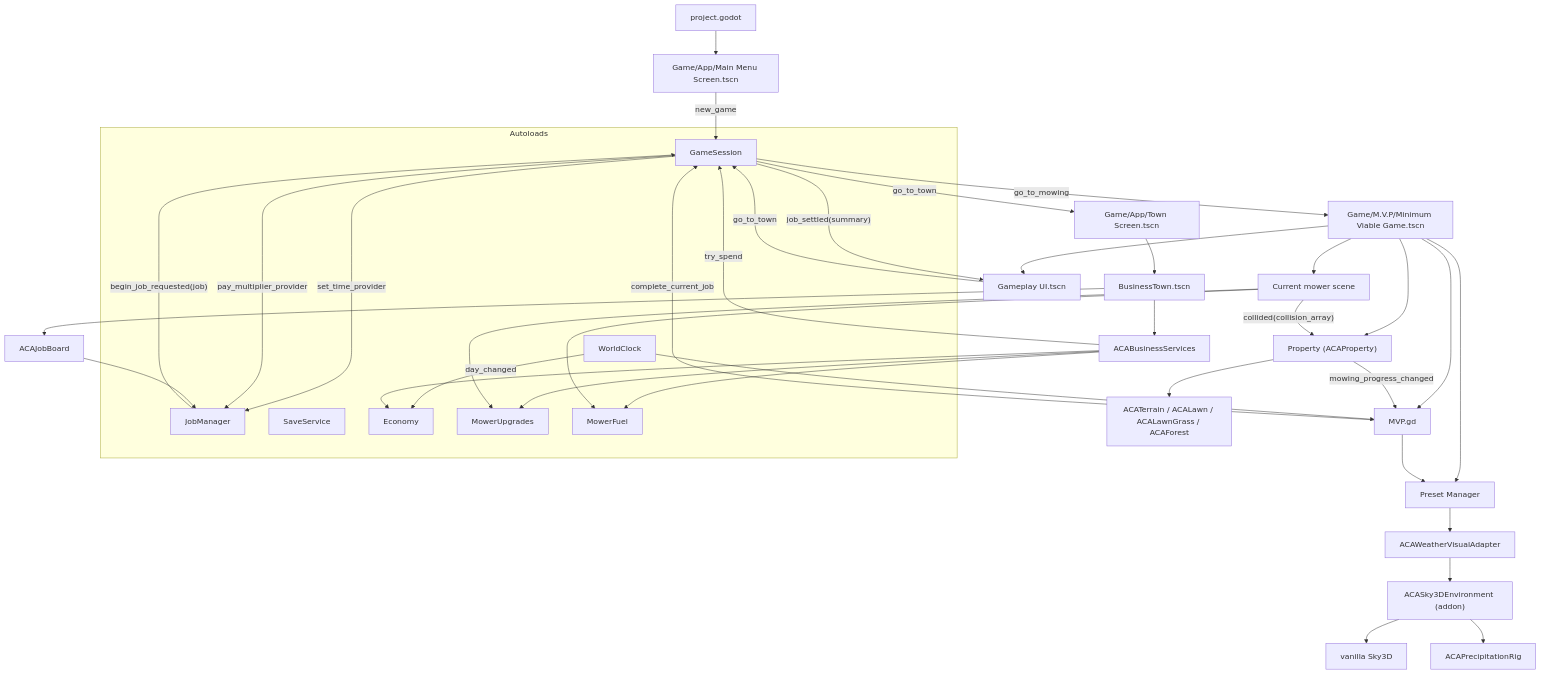
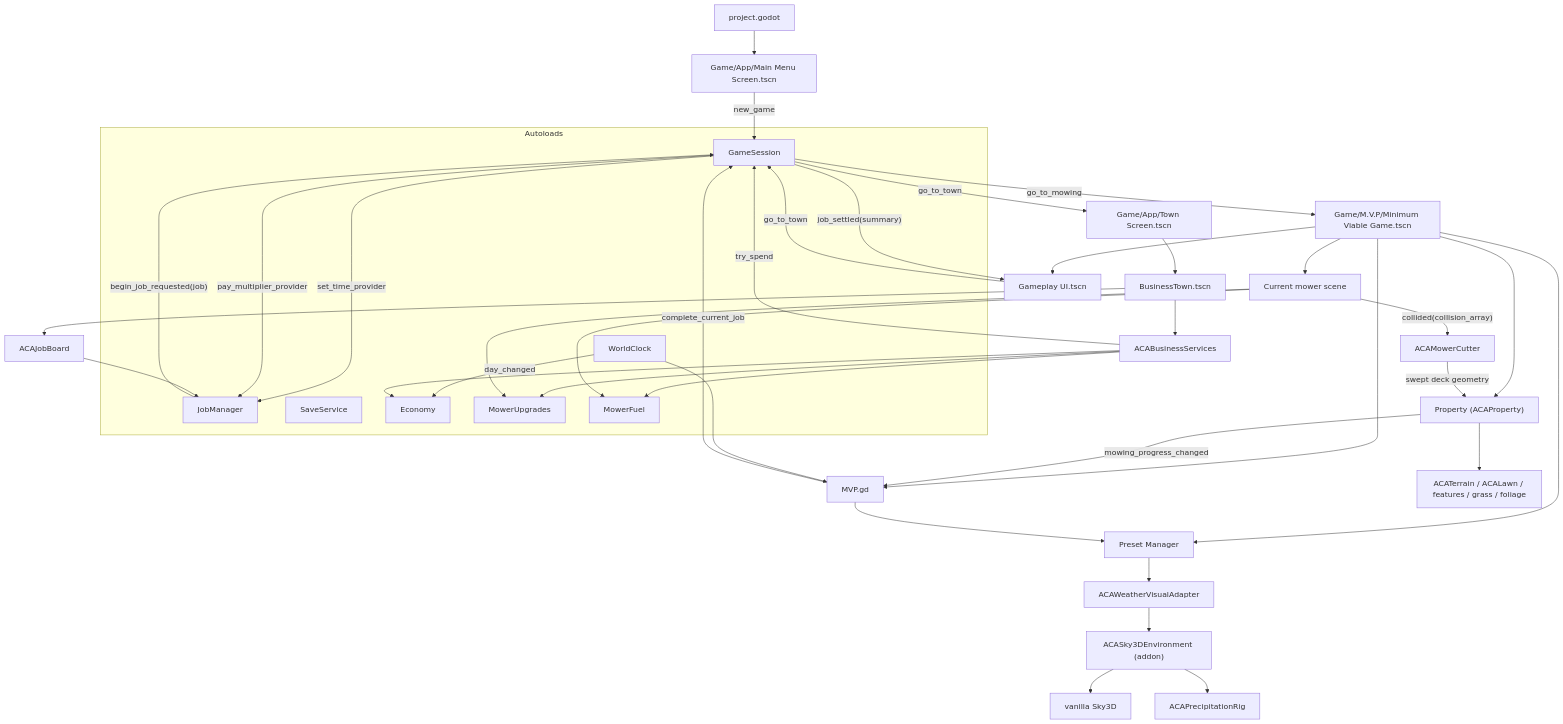
One commit to usw344/A-Cut-Above-Lawn-Mowing-Startup-public changed the diagram in project-docs/architecture.md. Above: the diagram before and after it, drawn with Mermaid. The commit also changed other lines of this file and 365 other files, not shown here.

````diff
--- a/project-docs/architecture.md
+++ b/project-docs/architecture.md
@@ -47,52 +54,53 @@
 ```mermaid
 flowchart TD
     Project["project.godot"] --> Menu["Game/App/Main Menu Screen.tscn"]
 
     subgraph Autoloads
         Clock["WorldClock"]
         Jobs["JobManager"]
         Session["GameSession"]
         Save["SaveService"]
         Econ["Economy"]
         Upg["MowerUpgrades"]
         Fuel["MowerFuel"]
     end
 
     Session -->|"set_time_provider"| Jobs
     Session -->|"pay_multiplier_provider"| Jobs
     Clock -->|"day_changed"| Econ
     Jobs -->|"begin_job_requested(job)"| Session
 
     Menu -->|"new_game"| Session
     Session -->|"go_to_town"| Town["Game/App/Town Screen.tscn"]
     Town --> BT["BusinessTown.tscn"]
     BT --> Board["ACAJobBoard"] --> Jobs
     BT --> Services["ACABusinessServices"]
     Services --> Econ
     Services --> Upg
     Services --> Fuel
     Services -->|"try_spend"| Session
 
     Session -->|"go_to_mowing"| MVPScene["Game/M.V.P/Minimum Viable Game.tscn"]
     MVPScene --> MVP["MVP.gd"]
     MVPScene --> Mower["Current mower scene"]
-    MVPScene --> Grid["Property (ACAProperty)"]
+    MVPScene --> Property["Property (ACAProperty)"]
     MVPScene --> Presets["Preset Manager"]
     MVPScene --> GPUI["Gameplay UI.tscn"]
 
-    Mower -->|"collided(collision_array)"| Grid
+    Mower -->|"collided(collision_array)"| Cutter["ACAMowerCutter"]
+    Cutter -->|"swept deck geometry"| Property
     Mower --> Upg
     Mower --> Fuel
-    Grid --> Chunks["ACATerrain / ACALawn / ACALawnGrass / ACAForest"]
+    Property --> Chunks["ACATerrain / ACALawn / features / grass / foliage"]
 
-    Grid -->|"mowing_progress_changed"| MVP
+    Property -->|"mowing_progress_changed"| MVP
     MVP -->|"complete_current_job"| Session
     Session -->|"job_settled(summary)"| GPUI
     GPUI -->|"go_to_town"| Session
 
     Clock --> MVP --> Presets
     Presets --> EnvAdapter["ACAWeatherVisualAdapter"]
     EnvAdapter --> Package["ACASky3DEnvironment (addon)"]
     Package --> Sky3D["vanilla Sky3D"]
     Package --> Rig["ACAPrecipitationRig"]
 ```
````
